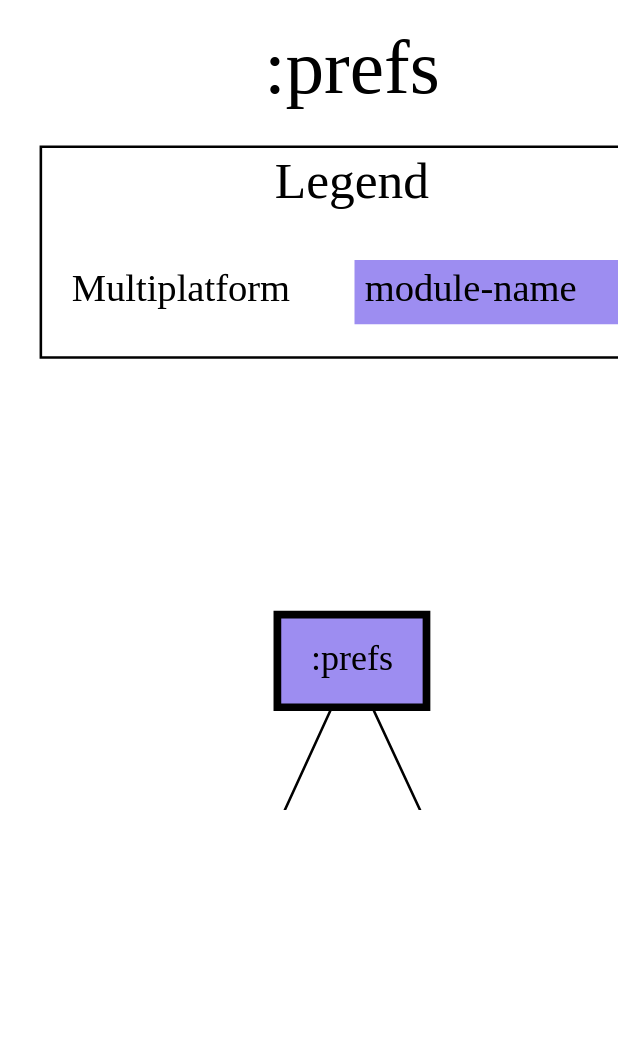
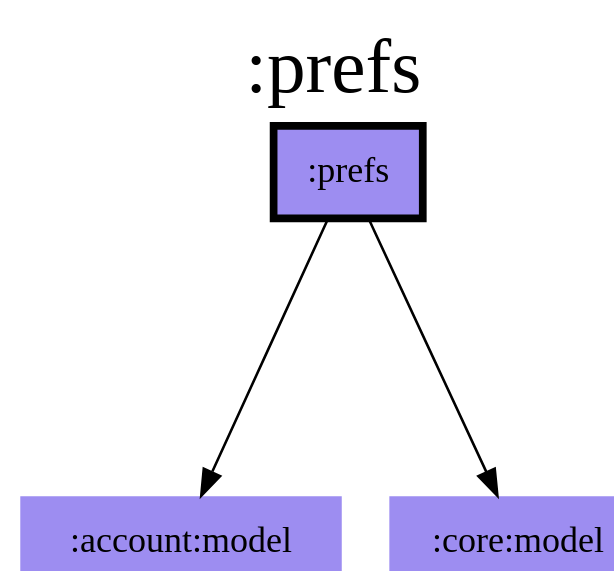
The diagram in modules/prefs/modules.dot (jonapoul/aktual), drawn with Graphviz before and after one commit. The commit also changed 128 other files, not shown here.

```diff
--- a/modules/prefs/modules.dot
+++ b/modules/prefs/modules.dot
@@ -1,24 +1,15 @@
 digraph {
 edge ["dir"="forward"]
 graph ["dpi"="100","label"=":prefs","labelloc"="t","fontsize"="30","ranksep"="1.5","rankdir"="TB"]
 node ["style"="filled"]
 ":account:model" ["fillcolor"="#9D8DF1","shape"="none"]
 ":core:model" ["fillcolor"="#9D8DF1","shape"="none"]
 ":prefs" ["fillcolor"="#9D8DF1","color"="black","penwidth"="3","shape"="box"]
 {
 edge ["dir"="none"]
 graph ["rank"="same"]
 ":prefs"
 }
 ":prefs" -> ":account:model"
 ":prefs" -> ":core:model"
-subgraph "cluster_legend" {
-edge ["dir"="none"]
-graph ["label"="Legend","fontsize"="20"]
-"Legend" ["style"="filled","fillcolor"="#FFFFFF","shape"="none","margin"="0","fontsize"="15","label"=<
-<TABLE BORDER="0" CELLBORDER="0" CELLSPACING="0" CELLPADDING="4">
-<TR><TD>Multiplatform</TD><TD BGCOLOR="#9D8DF1">module-name</TD></TR>
-</TABLE>
->]
-} -> ":prefs" ["style"="invis"]
 }
```
